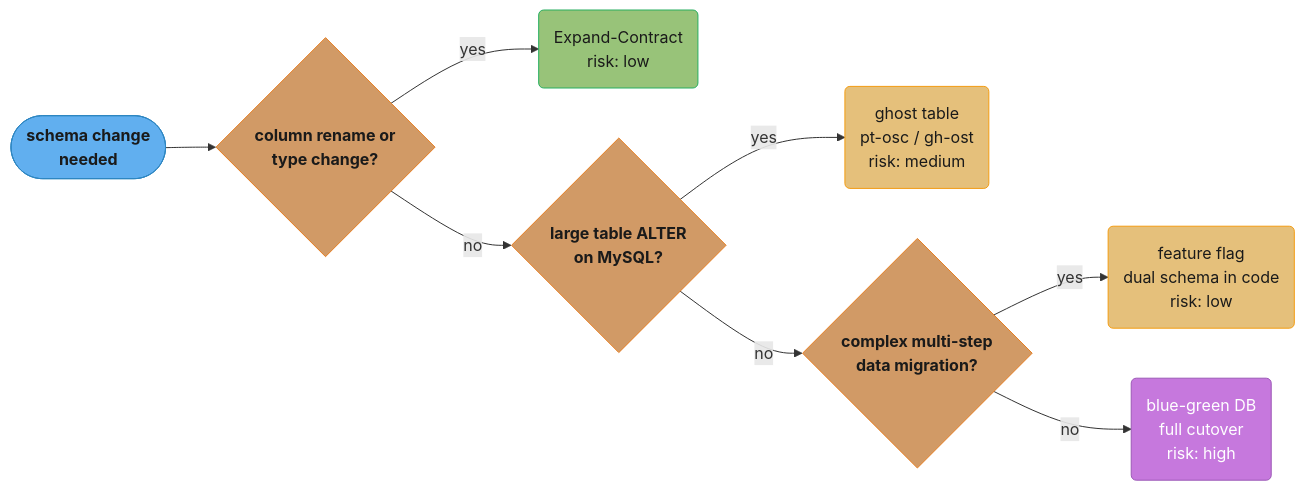
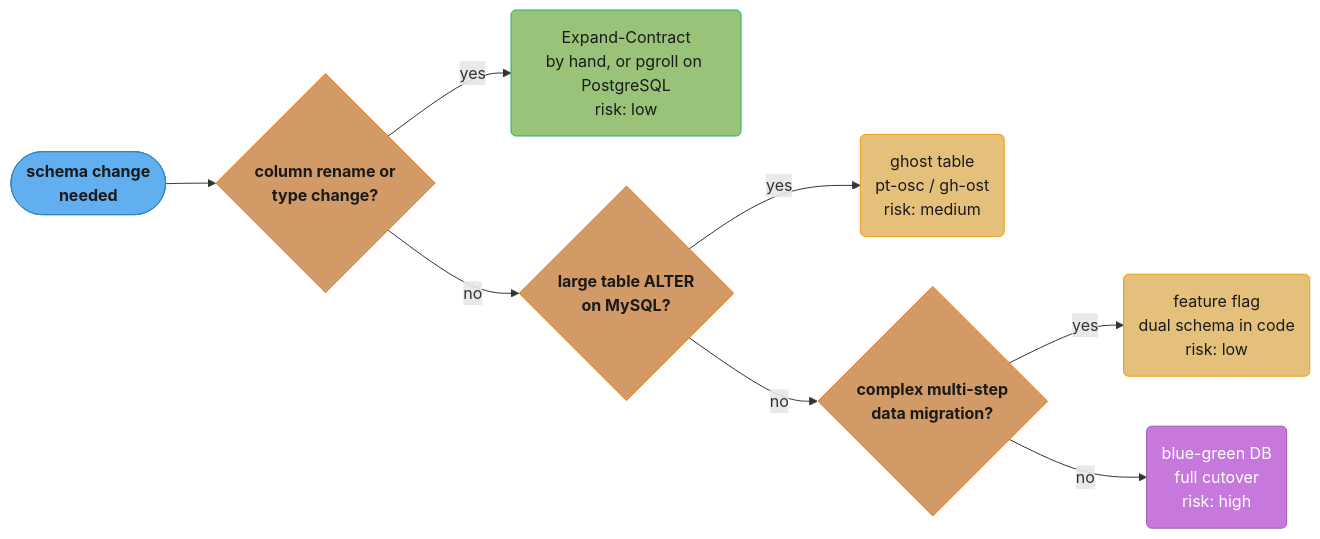
The first of 3 diagrams in src/main/java/com/rutik/systemdesign/backend/database_migrations/database_migrations.md (rppol/system-design), drawn with Mermaid before and after one commit. The commit also changed other lines of this file and 655 other files, not shown here.

````diff
--- a/src/main/java/com/rutik/systemdesign/backend/database_migrations/database_migrations.md
+++ b/src/main/java/com/rutik/systemdesign/backend/database_migrations/database_migrations.md
@@ -58,25 +59,25 @@
 ```mermaid
 flowchart LR
     classDef io      fill:#61afef,stroke:#2e86c1,color:#1a1a1a,font-weight:bold
     classDef frozen  fill:#c678dd,stroke:#9b59b6,color:#fff
     classDef train   fill:#98c379,stroke:#27ae60,color:#1a1a1a
     classDef mathOp  fill:#d19a66,stroke:#e67e22,color:#1a1a1a,font-weight:bold
     classDef lossN   fill:#e06c75,stroke:#c0392b,color:#fff,font-weight:bold
     classDef req     fill:#56b6c2,stroke:#0097a7,color:#1a1a1a
     classDef base    fill:#e5c07b,stroke:#f39c12,color:#1a1a1a
 
     Start(["schema change<br/>needed"]) --> Q1{"column rename or<br/>type change?"}
-    Q1 -->|"yes"| S1("Expand-Contract<br/>risk: low")
+    Q1 -->|"yes"| S1("Expand-Contract<br/>by hand, or pgroll on PostgreSQL<br/>risk: low")
     Q1 -->|"no"| Q2{"large table ALTER<br/>on MySQL?"}
     Q2 -->|"yes"| S2("ghost table<br/>pt-osc / gh-ost<br/>risk: medium")
     Q2 -->|"no"| Q3{"complex multi-step<br/>data migration?"}
     Q3 -->|"yes"| S3("feature flag<br/>dual schema in code<br/>risk: low")
     Q3 -->|"no"| S4("blue-green DB<br/>full cutover<br/>risk: high")
 
     class Start io
     class Q1,Q2,Q3 mathOp
     class S1 train
     class S2 base
     class S3 base
     class S4 frozen
 ```
````
